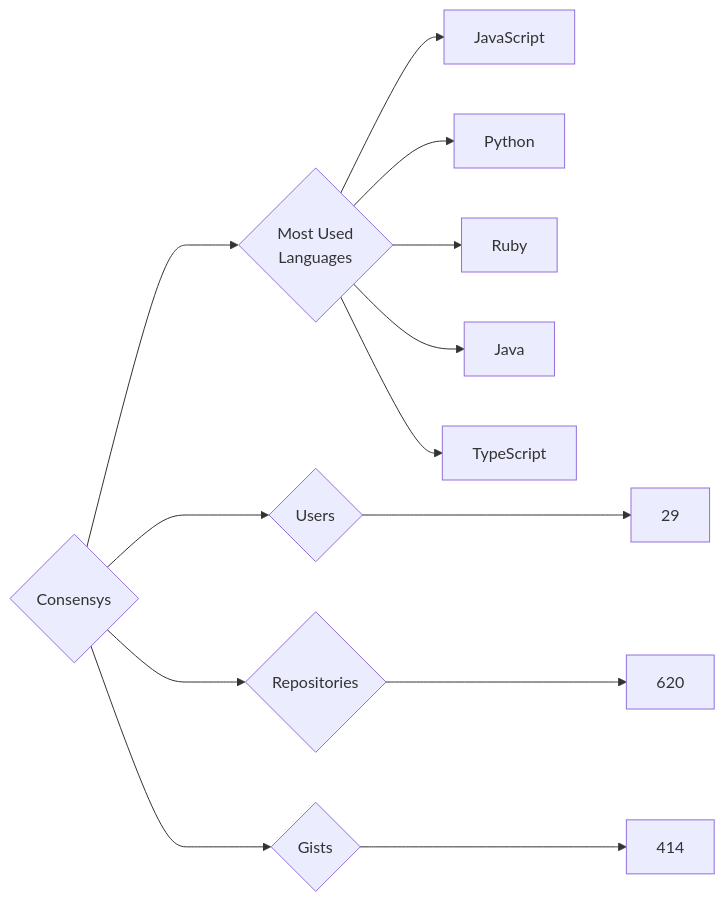
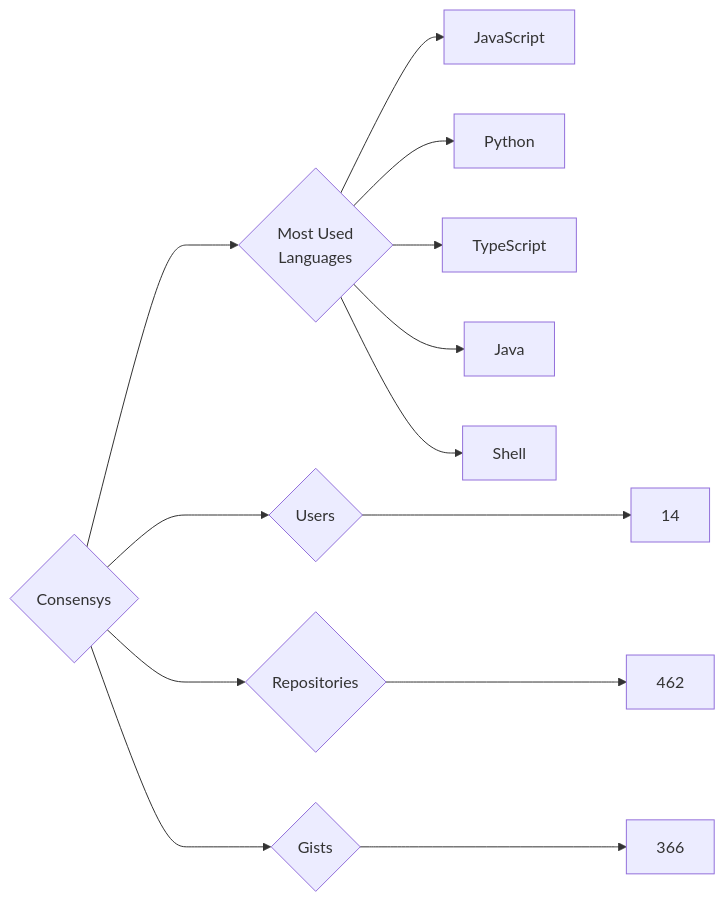
One commit to trickest/insiders changed the diagram in targets/Consensys/README.md. Above: the diagram before and after it, drawn with Mermaid. The commit also changed 720 other files, not shown here.

````diff
--- a/targets/Consensys/README.md
+++ b/targets/Consensys/README.md
@@ -3,13 +3,13 @@
 ```mermaid
 graph LR
 COMPANY_NAME{Consensys}
-COMPANY_NAME ---> U{Users} ---> UN[29]
-COMPANY_NAME ---> R{Repositories} ---> RN[620]
-COMPANY_NAME ---> G{Gists} ---> GN[414]
+COMPANY_NAME ---> U{Users} ---> UN[14]
+COMPANY_NAME ---> R{Repositories} ---> RN[462]
+COMPANY_NAME ---> G{Gists} ---> GN[366]
 COMPANY_NAME ---> ML{Most Used<br>Languages}
 ML --> JavaScript[JavaScript]
 ML --> Python[Python]
-ML --> Ruby[Ruby]
+ML --> TypeScript[TypeScript]
 ML --> Java[Java]
-ML --> TypeScript[TypeScript]
+ML --> Shell[Shell]
 ```
````
